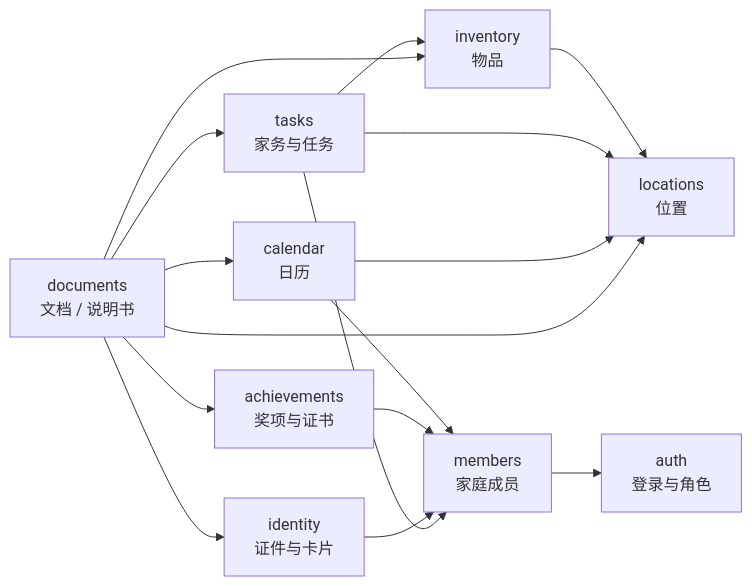
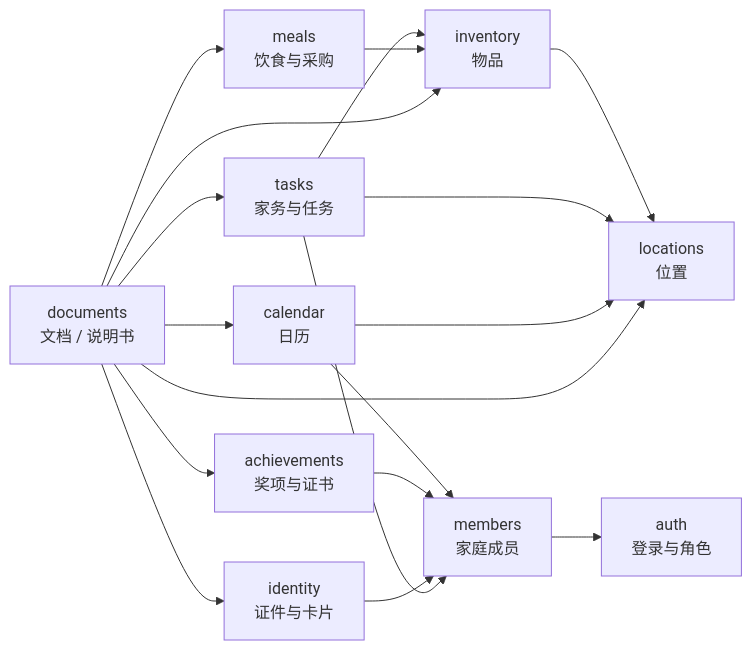
Before and after one commit to Geno1024-AIGC/home-erp-modern: the diagram in docs/08-domain.md, drawn with Mermaid. The commit also changed other lines of this file and 6 other files, not shown here.

````diff
--- a/docs/08-domain.md
+++ b/docs/08-domain.md
@@ -28,21 +29,23 @@
 ```mermaid
 flowchart LR
     Members["members<br/>家庭成员"] --> Auth["auth<br/>登录与角色"]
     Inventory["inventory<br/>物品"] --> Locations["locations<br/>位置"]
     Tasks["tasks<br/>家务与任务"] --> Locations
     Tasks --> Inventory
     Calendar["calendar<br/>日历"]
     Calendar --> Members
     Calendar --> Locations
+    Meals["meals<br/>饮食与采购"] --> Inventory
     Documents["documents<br/>文档 / 说明书"] --> Inventory
     Documents --> Calendar
+    Documents --> Meals
     Documents --> Locations
     Documents --> Tasks
     Achievements["achievements<br/>奖项与证书"]
     Documents --> Achievements
     Achievements --> Members
     Identity["identity<br/>证件与卡片"]
     Documents --> Identity
     Identity --> Members
     Tasks --> Members
 ```
````
